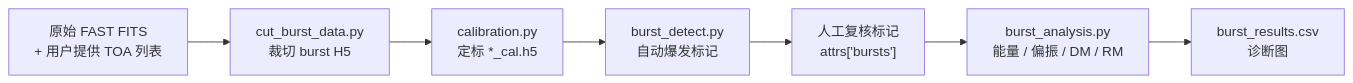
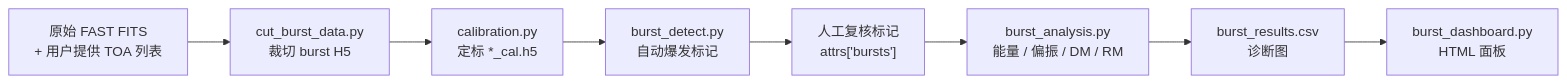
Before and after one commit to SukiYume/AFTER: the diagram in README.zh-CN.md, drawn with Mermaid. The commit also changed other lines of this file and 4 other files, not shown here.

````diff
--- a/README.zh-CN.md
+++ b/README.zh-CN.md
@@ -40,9 +41,10 @@
 ```mermaid
 flowchart LR
     A["原始 FAST FITS<br/>+ 用户提供 TOA 列表"] --> B["cut_burst_data.py<br/>裁切 burst H5"]
     B --> C["calibration.py<br/>定标 *_cal.h5"]
     C --> D["burst_detect.py<br/>自动爆发标记"]
     D --> E["人工复核标记<br/>attrs['bursts']"]
     E --> F["burst_analysis.py<br/>能量 / 偏振 / DM / RM"]
     F --> G["burst_results.csv<br/>诊断图"]
+    G --> H["burst_dashboard.py<br/>HTML 面板"]
 ```
````
